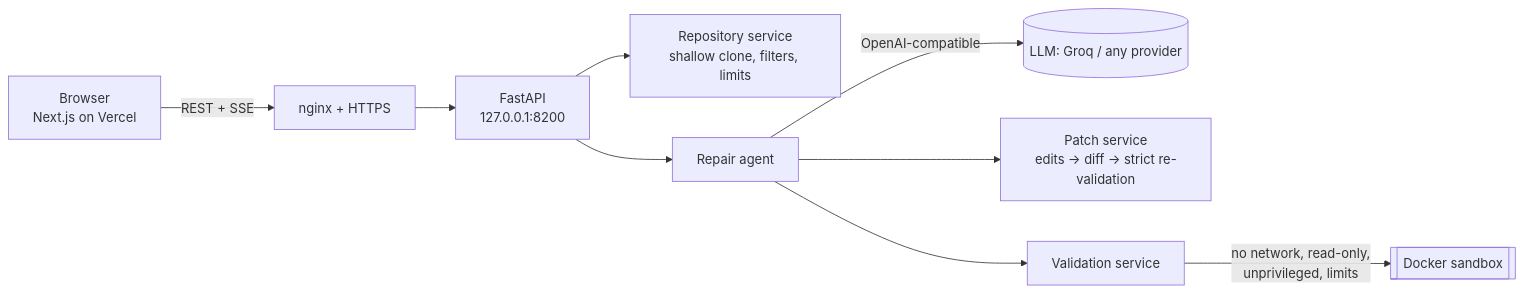
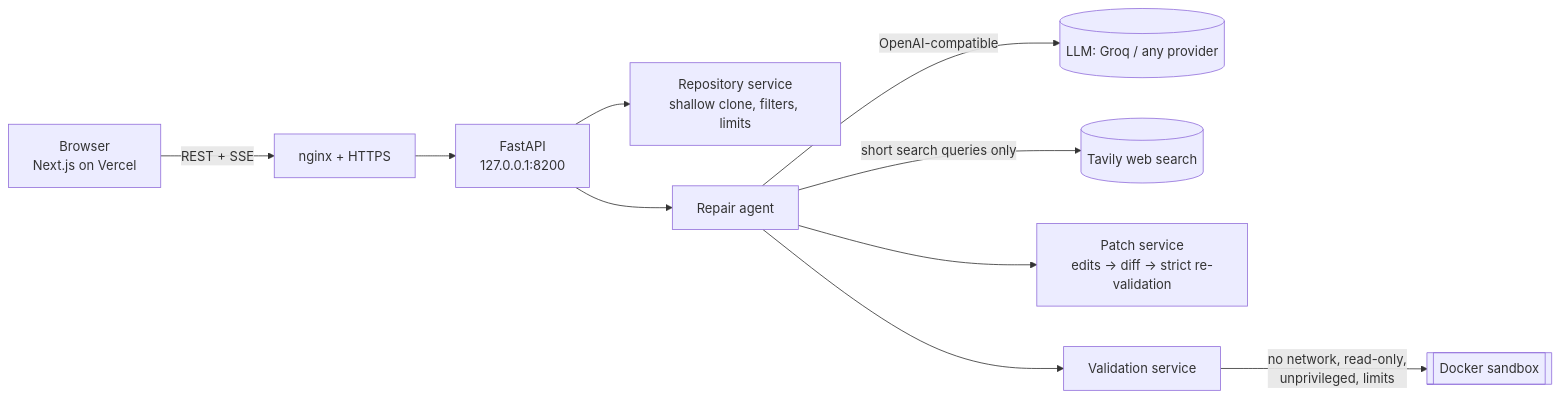
Before and after one commit to Xdiad47/RepoPilot-AI: the diagram in README.md, drawn with Mermaid. The commit also changed other lines of this file and 55 other files, not shown here.

````diff
--- a/README.md
+++ b/README.md
@@ -26,11 +32,12 @@
 ```mermaid
 flowchart LR
   U[Browser<br/>Next.js on Vercel] -- REST + SSE --> N[nginx + HTTPS]
   N --> A[FastAPI<br/>127.0.0.1:8200]
   A --> R[Repository service<br/>shallow clone, filters, limits]
   A --> G[Repair agent]
   G -- OpenAI-compatible --> L[(LLM: Groq / any provider)]
+  G -- short search queries only --> T[(Tavily web search)]
   G --> P[Patch service<br/>edits → diff → strict re-validation]
   G --> V[Validation service]
   V -- no network, read-only,<br/>unprivileged, limits --> S[[Docker sandbox]]
 ```
````
